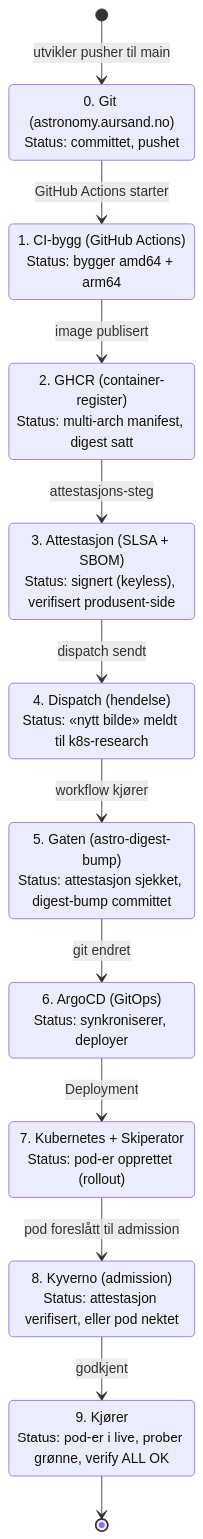
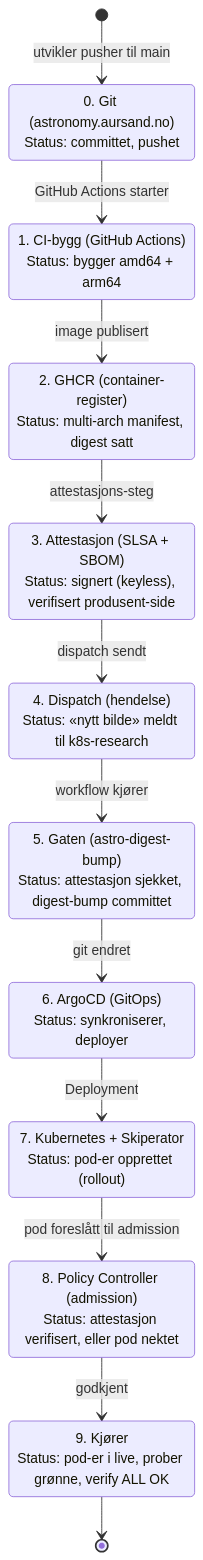
The diagram in docs/explained.md (toreau/k8s-research), drawn with Mermaid before and after one commit. The commit also changed other lines of this file and 3 other files, not shown here.

Commit message:
docs: Kyverno → Sigstore Policy Controller (AGENTS, README, CHANGELOG, explained)

````diff
--- a/docs/explained.md
+++ b/docs/explained.md
@@ -103,24 +104,24 @@
 ```mermaid
 stateDiagram-v2
     [*] --> S0: utvikler pusher til main
     S0: 0. Git (astronomy.aursand.no)<br/>Status: committet, pushet
     S0 --> S1: GitHub Actions starter
     S1: 1. CI-bygg (GitHub Actions)<br/>Status: bygger amd64 + arm64
     S1 --> S2: image publisert
     S2: 2. GHCR (container-register)<br/>Status: multi-arch manifest, digest satt
     S2 --> S3: attestasjons-steg
     S3: 3. Attestasjon (SLSA + SBOM)<br/>Status: signert (keyless), verifisert produsent-side
     S3 --> S4: dispatch sendt
     S4: 4. Dispatch (hendelse)<br/>Status: «nytt bilde» meldt til k8s-research
     S4 --> S5: workflow kjører
     S5: 5. Gaten (astro-digest-bump)<br/>Status: attestasjon sjekket, digest-bump committet
     S5 --> S6: git endret
     S6: 6. ArgoCD (GitOps)<br/>Status: synkroniserer, deployer
     S6 --> S7: Deployment
     S7: 7. Kubernetes + Skiperator<br/>Status: pod-er opprettet (rollout)
     S7 --> S8: pod foreslått til admission
-    S8: 8. Kyverno (admission)<br/>Status: attestasjon verifisert, eller pod nektet
+    S8: 8. Policy Controller (admission)<br/>Status: attestasjon verifisert, eller pod nektet
     S8 --> S9: godkjent
     S9: 9. Kjører<br/>Status: pod-er i live, prober grønne, verify ALL OK
     S9 --> [*]
 ```
````
